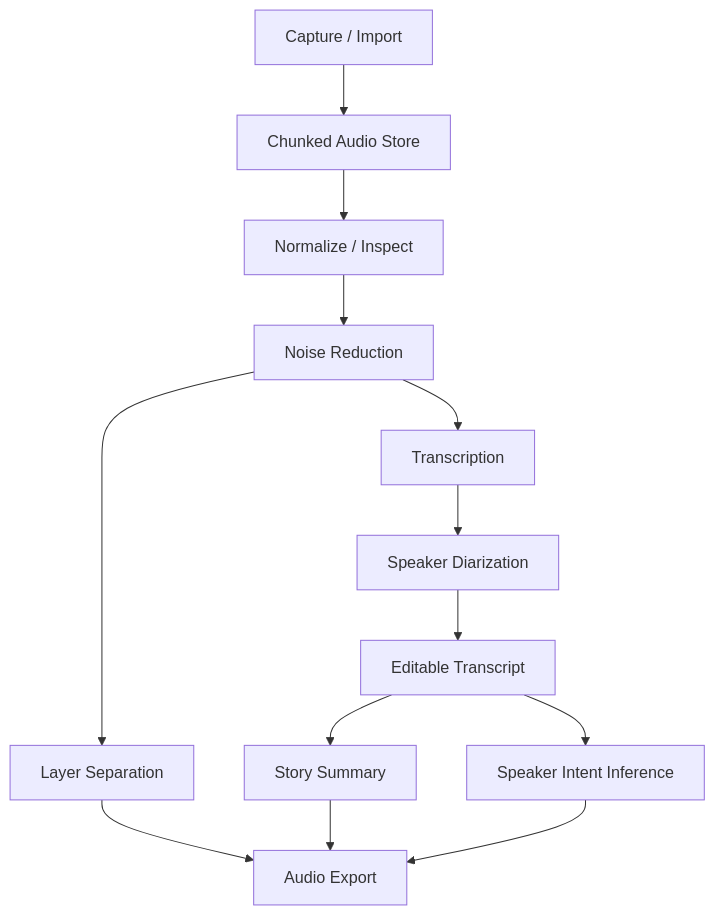
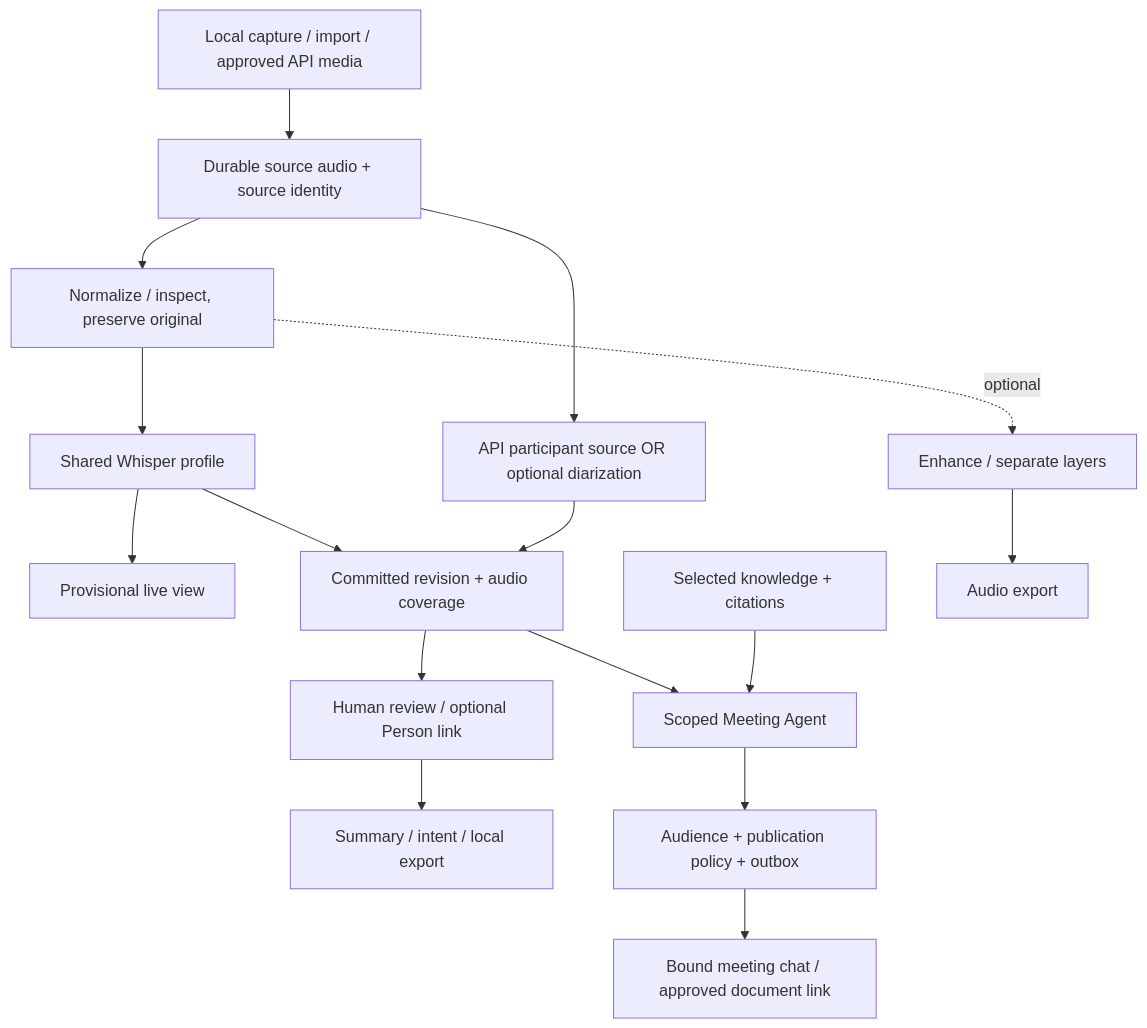
The diagram in docs/Desktop/AUDIO_AI_PIPELINE.md (Freshair129/FUNG), drawn with Mermaid before and after one commit. The commit also changed other lines of this file and 83 other files, not shown here.

````diff
--- a/docs/Desktop/AUDIO_AI_PIPELINE.md
+++ b/docs/Desktop/AUDIO_AI_PIPELINE.md
@@ -17,15 +19,18 @@
 ```mermaid
 flowchart TD
-    Capture["Capture / Import"] --> Chunk["Chunked Audio Store"]
-    Chunk --> Normalize["Normalize / Inspect"]
-    Normalize --> Clean["Noise Reduction"]
-    Clean --> Separate["Layer Separation"]
-    Clean --> Transcribe["Transcription"]
-    Transcribe --> Diarize["Speaker Diarization"]
-    Diarize --> Transcript["Editable Transcript"]
-    Transcript --> Summary["Story Summary"]
-    Transcript --> Intent["Speaker Intent Inference"]
-    Separate --> Export["Audio Export"]
-    Summary --> Export
-    Intent --> Export
+    Capture["Local capture / import / approved API media"] --> Chunk["Durable source audio + source identity"]
+    Chunk --> Normalize["Normalize / inspect, preserve original"]
+    Normalize --> Transcribe["Shared Whisper profile"]
+    Normalize -. optional .-> Clean["Enhance / separate layers"]
+    Transcribe --> Live["Provisional live view"]
+    Transcribe --> Committed["Committed revision + audio coverage"]
+    Chunk --> Attribution["API participant source OR optional diarization"]
+    Attribution --> Committed
+    Committed --> Review["Human review / optional Person link"]
+    Review --> Summary["Summary / intent / local export"]
+    Committed --> Agent["Scoped Meeting Agent"]
+    Knowledge["Selected knowledge + citations"] --> Agent
+    Agent --> Gate["Audience + publication policy + outbox"]
+    Gate --> Room["Bound meeting chat / approved document link"]
+    Clean --> Export["Audio export"]
 ```
````
